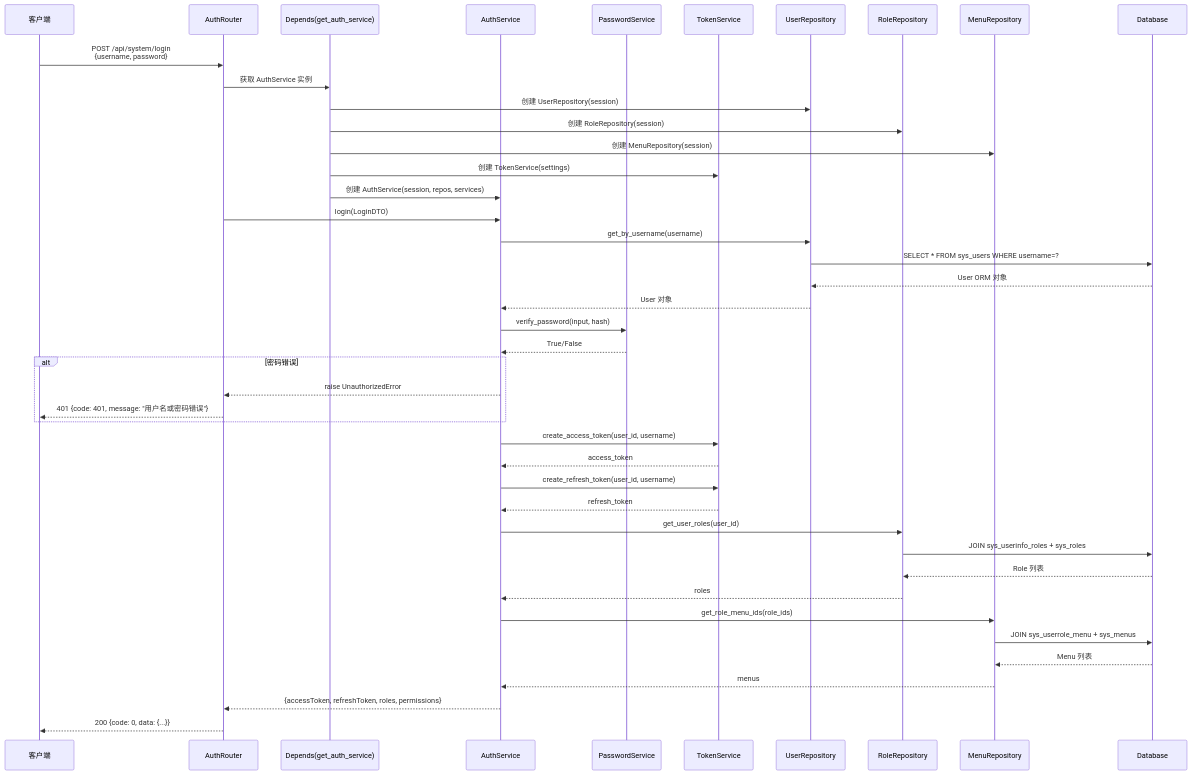
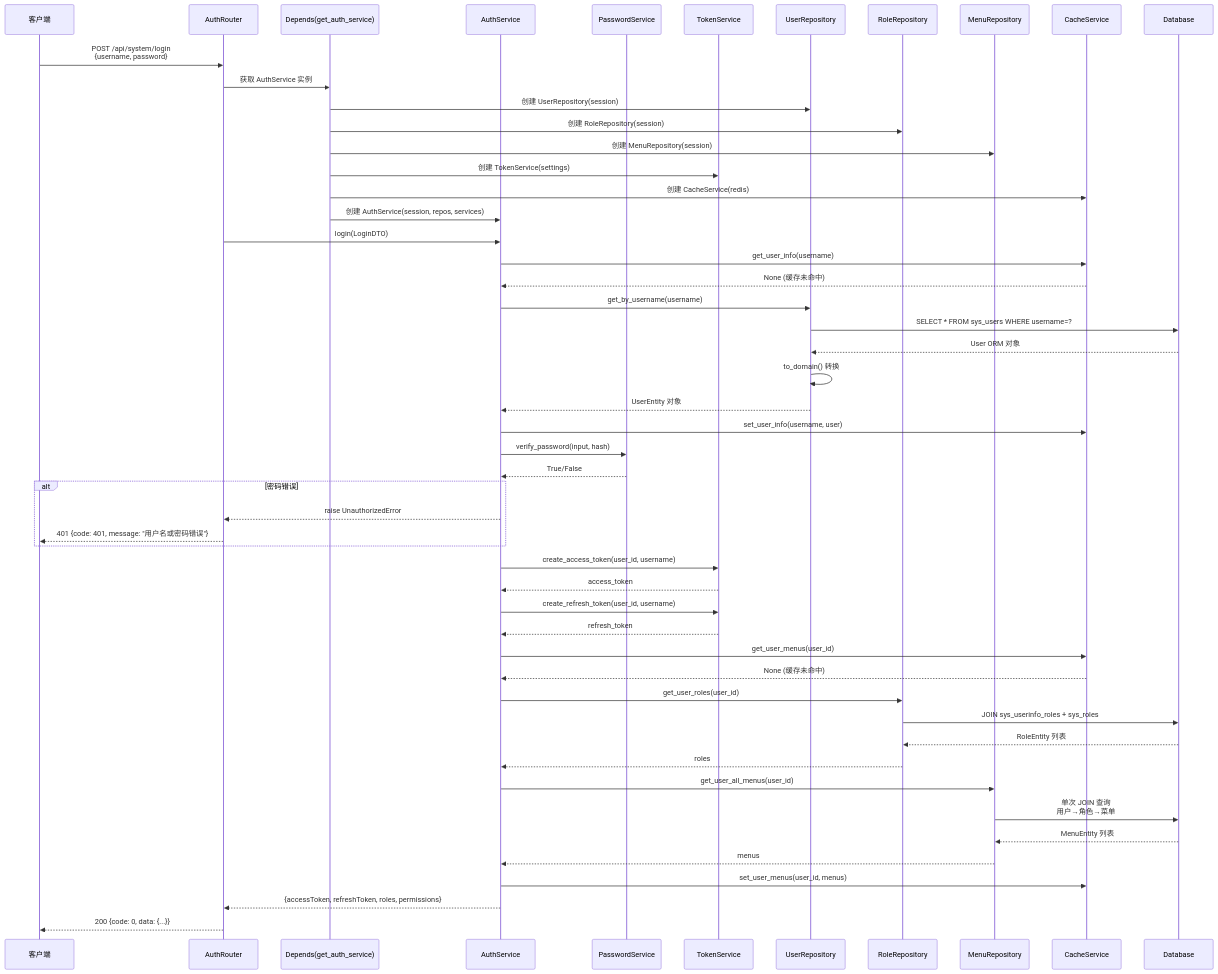
Before and after one commit to taoweidong/Hello-FastApi: the first of 8 diagrams in service/docs/design/核心流程图与时序图.md, drawn with Mermaid. The commit also changed other lines of this file and 22 other files, not shown here.

````diff
--- a/service/docs/design/核心流程图与时序图.md
+++ b/service/docs/design/核心流程图与时序图.md
@@ -11,53 +11,61 @@
 ```mermaid
 sequenceDiagram
     participant C as 客户端
     participant R as AuthRouter
     participant D as Depends(get_auth_service)
     participant S as AuthService
     participant PS as PasswordService
     participant TS as TokenService
     participant UR as UserRepository
     participant RR as RoleRepository
     participant MR as MenuRepository
+    participant CS as CacheService
     participant DB as Database
 
     C->>R: POST /api/system/login<br/>{username, password}
     R->>D: 获取 AuthService 实例
     D->>UR: 创建 UserRepository(session)
     D->>RR: 创建 RoleRepository(session)
     D->>MR: 创建 MenuRepository(session)
     D->>TS: 创建 TokenService(settings)
+    D->>CS: 创建 CacheService(redis)
     D->>S: 创建 AuthService(session, repos, services)
 
     R->>S: login(LoginDTO)
+    S->>CS: get_user_info(username)
+    CS-->>S: None (缓存未命中)
     S->>UR: get_by_username(username)
     UR->>DB: SELECT * FROM sys_users WHERE username=?
     DB-->>UR: User ORM 对象
-    UR-->>S: User 对象
+    UR->>UR: to_domain() 转换
+    UR-->>S: UserEntity 对象
+    S->>CS: set_user_info(username, user)
 
     S->>PS: verify_password(input, hash)
     PS-->>S: True/False
 
     alt 密码错误
         S-->>R: raise UnauthorizedError
         R-->>C: 401 {code: 401, message: "用户名或密码错误"}
     end
 
     S->>TS: create_access_token(user_id, username)
     TS-->>S: access_token
     S->>TS: create_refresh_token(user_id, username)
     TS-->>S: refresh_token
 
+    S->>CS: get_user_menus(user_id)
+    CS-->>S: None (缓存未命中)
     S->>RR: get_user_roles(user_id)
     RR->>DB: JOIN sys_userinfo_roles + sys_roles
-    DB-->>RR: Role 列表
+    DB-->>RR: RoleEntity 列表
     RR-->>S: roles
-
-    S->>MR: get_role_menu_ids(role_ids)
-    MR->>DB: JOIN sys_userrole_menu + sys_menus
-    DB-->>MR: Menu 列表
+    S->>MR: get_user_all_menus(user_id)
+    MR->>DB: 单次 JOIN 查询<br/>用户→角色→菜单
+    DB-->>MR: MenuEntity 列表
     MR-->>S: menus
+    S->>CS: set_user_menus(user_id, menus)
 
     S-->>R: {accessToken, refreshToken, roles, permissions}
     R-->>C: 200 {code: 0, data: {...}}
 ```
````
